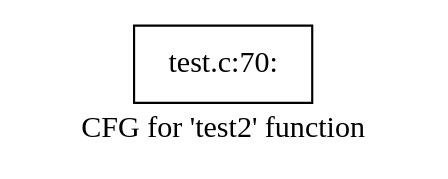
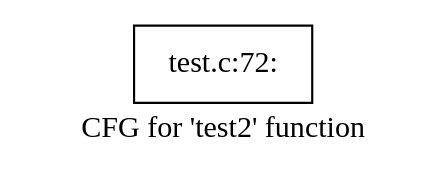
One commit to williamslay/NJUPT_Bachelor changed the diagram in testing/temp/dot-files/cfg.test2.dot. Above: the diagram before and after it, drawn with Graphviz. The commit also changed 34 other files, not shown here.

```diff
--- a/testing/temp/dot-files/cfg.test2.dot
+++ b/testing/temp/dot-files/cfg.test2.dot
@@ -1,5 +1,5 @@
 digraph "CFG for 'test2' function" {
 	label="CFG for 'test2' function";
 
-	Node0x55c0d67a0010 [shape=record,label="{test.c:70:}"];
+	Node0x561f1ae8e940 [shape=record,label="{test.c:72:}"];
 }
```
